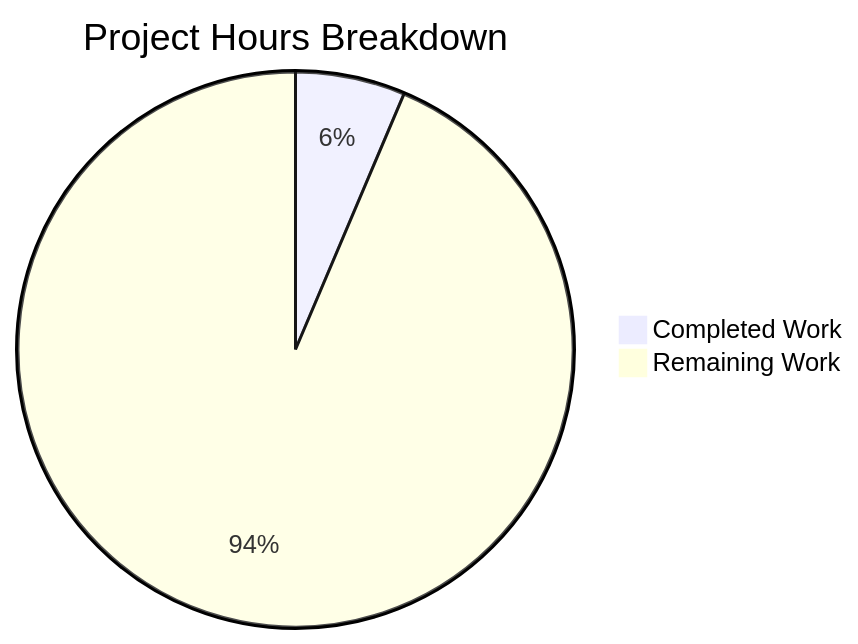
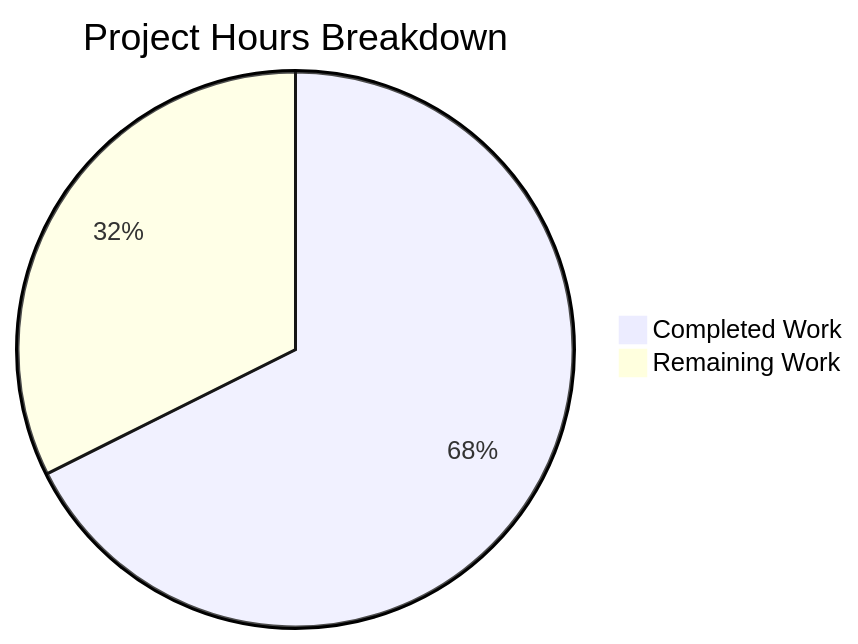
The diagram in blitzy/documentation/Project Guide.md (ankit-blitzy/test-repo), drawn with Mermaid before and after one commit. The commit also changed other lines of this file, not shown here.

Commit message:
Adding Blitzy Project Guide: Project Status and Human Tasks Remaining

````diff
--- a/blitzy/documentation/Project Guide.md
+++ b/blitzy/documentation/Project Guide.md
@@ -58,5 +124,5 @@
 ```mermaid
 pie title Project Hours Breakdown
-    "Completed Work" : 17
-    "Remaining Work" : 249
+    "Completed Work" : 142
+    "Remaining Work" : 68
 ```
````
